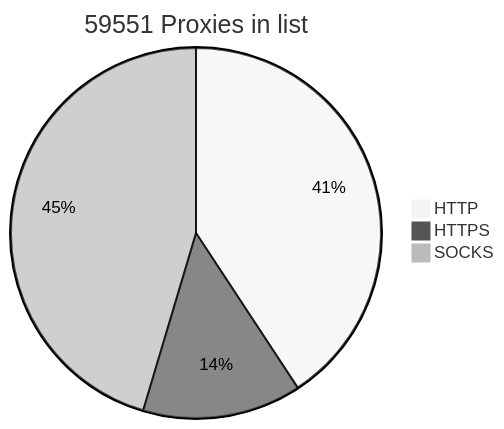
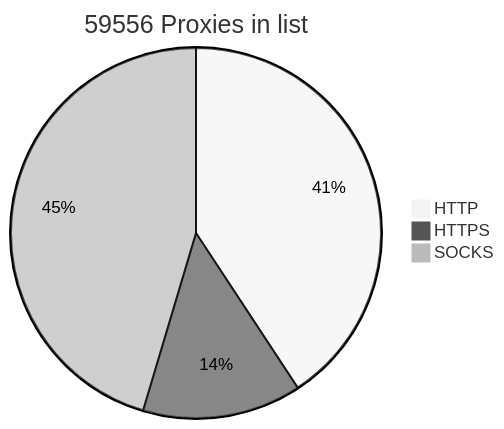
The diagram in README.md (BlackSnowDot/proxylist-update-every-minute), drawn with Mermaid (neutral theme) before and after one commit.

````diff
--- a/README.md
+++ b/README.md
@@ -2,6 +2,6 @@
 ```mermaid
-pie title 59551 Proxies in list
-    "HTTP" : 27378
-    "HTTPS": 9321
-    "SOCKS" : 30498
+pie title 59556 Proxies in list
+    "HTTP" : 27380
+    "HTTPS": 9322
+    "SOCKS" : 30500
 ```
````
